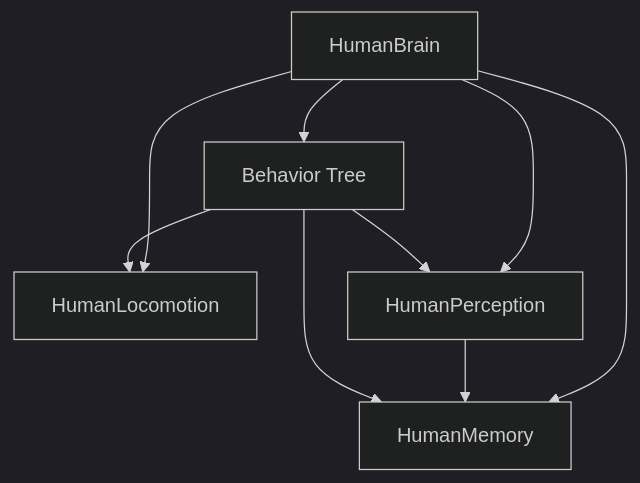
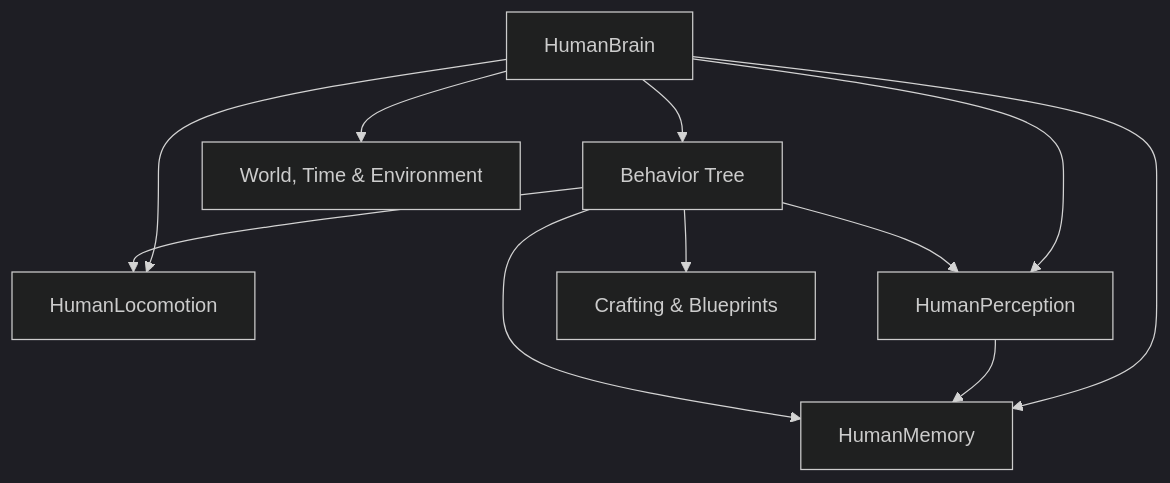
Before and after one commit to NeoLorenzo/Life-Engine-3D: the diagram in README.md, drawn with Mermaid (dark theme). The commit also changed other lines of this file and 21 other files, not shown here.

Commit message:
Add documentation for systems: Memory, Perception, Physiology, Resources & Inventory, Thermal Comfort, and World & Time

````diff
--- a/README.md
+++ b/README.md
@@ -21,12 +25,14 @@
 ```mermaid
 graph TD
     HB[HumanBrain] --> BT[Behavior Tree]
     HB --> HL[HumanLocomotion]
     HB --> HP[HumanPerception]
     HB --> HM[HumanMemory]
 
     HP --> HM
     BT --> HL
     BT --> HP
     BT --> HM
+    BT --> Crafting[Crafting & Blueprints]
+    HB --> World[World, Time & Environment]
 ```
````
